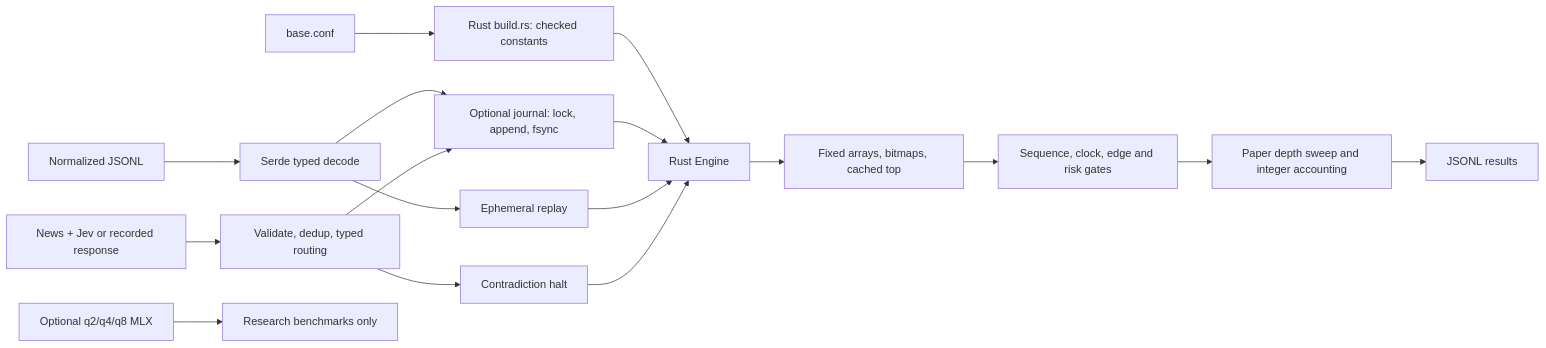
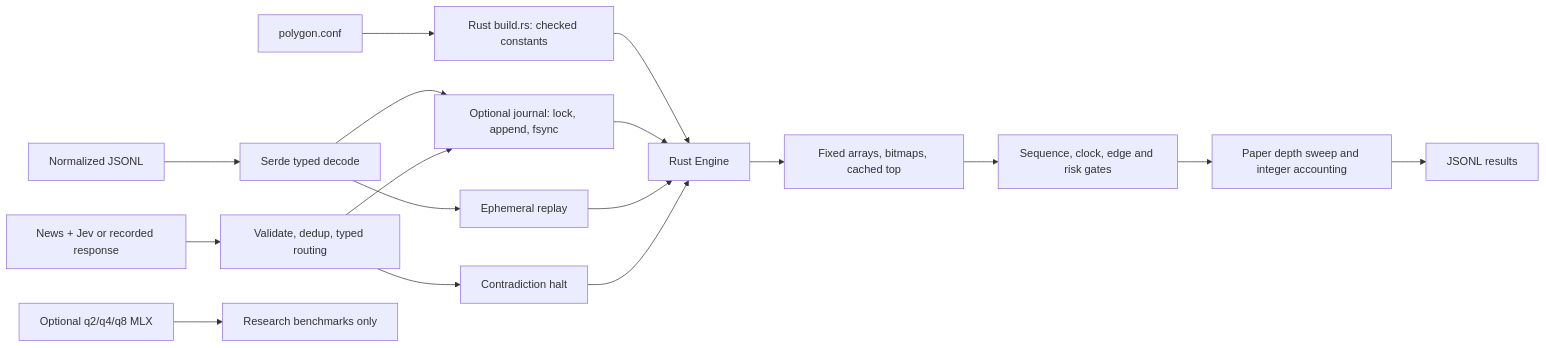
One commit to shubhxho/polymarket-hft changed the first of 3 diagrams in docs/ARCHITECTURE.md. Above: the diagram before and after it, drawn with Mermaid. The commit also changed 48 other files, not shown here.

Commit message:
feat: migrate Rust runtime to Polygon and specialize CUDA packed kernels

````diff
--- a/docs/ARCHITECTURE.md
+++ b/docs/ARCHITECTURE.md
@@ -5,12 +5,12 @@
 ```mermaid
 flowchart LR
-    Schema["base.conf"] --> Build["Rust build.rs: checked constants"] --> Engine
+    Schema["polygon.conf"] --> Build["Rust build.rs: checked constants"] --> Engine
     Events["Normalized JSONL"] --> Decode["Serde typed decode"]
     Decode --> WAL["Optional journal: lock, append, fsync"] --> Engine["Rust Engine"]
     Decode --> Replay["Ephemeral replay"] --> Engine
     Engine --> Book["Fixed arrays, bitmaps, cached top"] --> Risk["Sequence, clock, edge and risk gates"]
     Risk --> Fill["Paper depth sweep and integer accounting"] --> Output["JSONL results"]
     News["News + Jev or recorded response"] --> Gate["Validate, dedup, typed routing"] --> WAL
     Gate --> Halt["Contradiction halt"] --> Engine
     MLX["Optional q2/q4/q8 MLX"] --> Bench["Research benchmarks only"]
 ```
````
